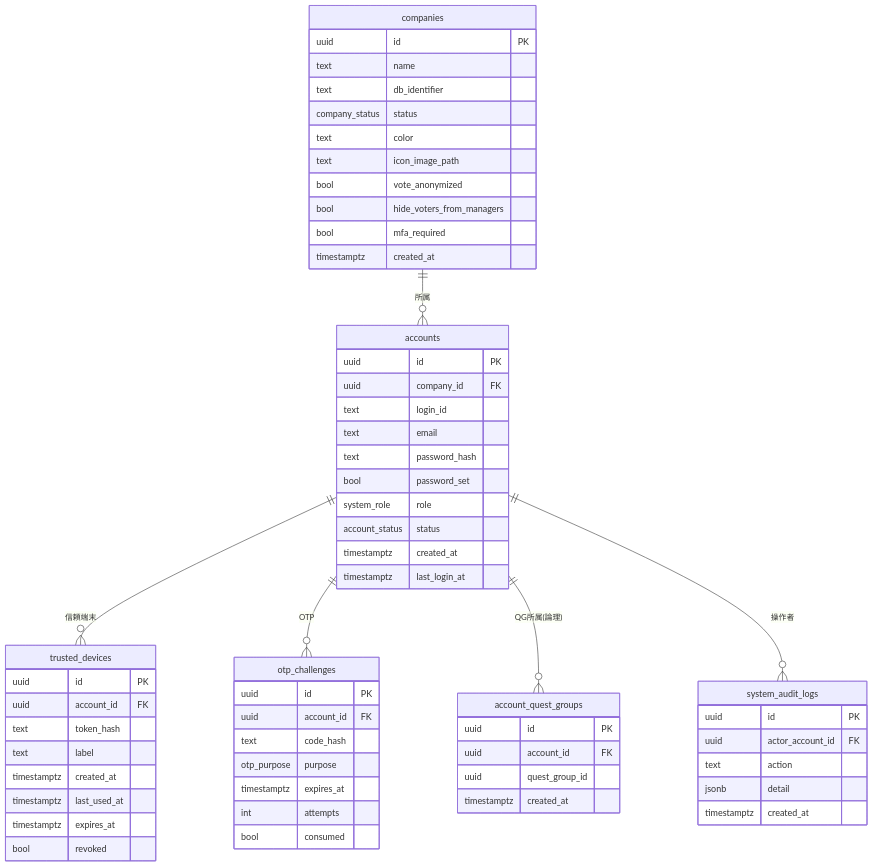
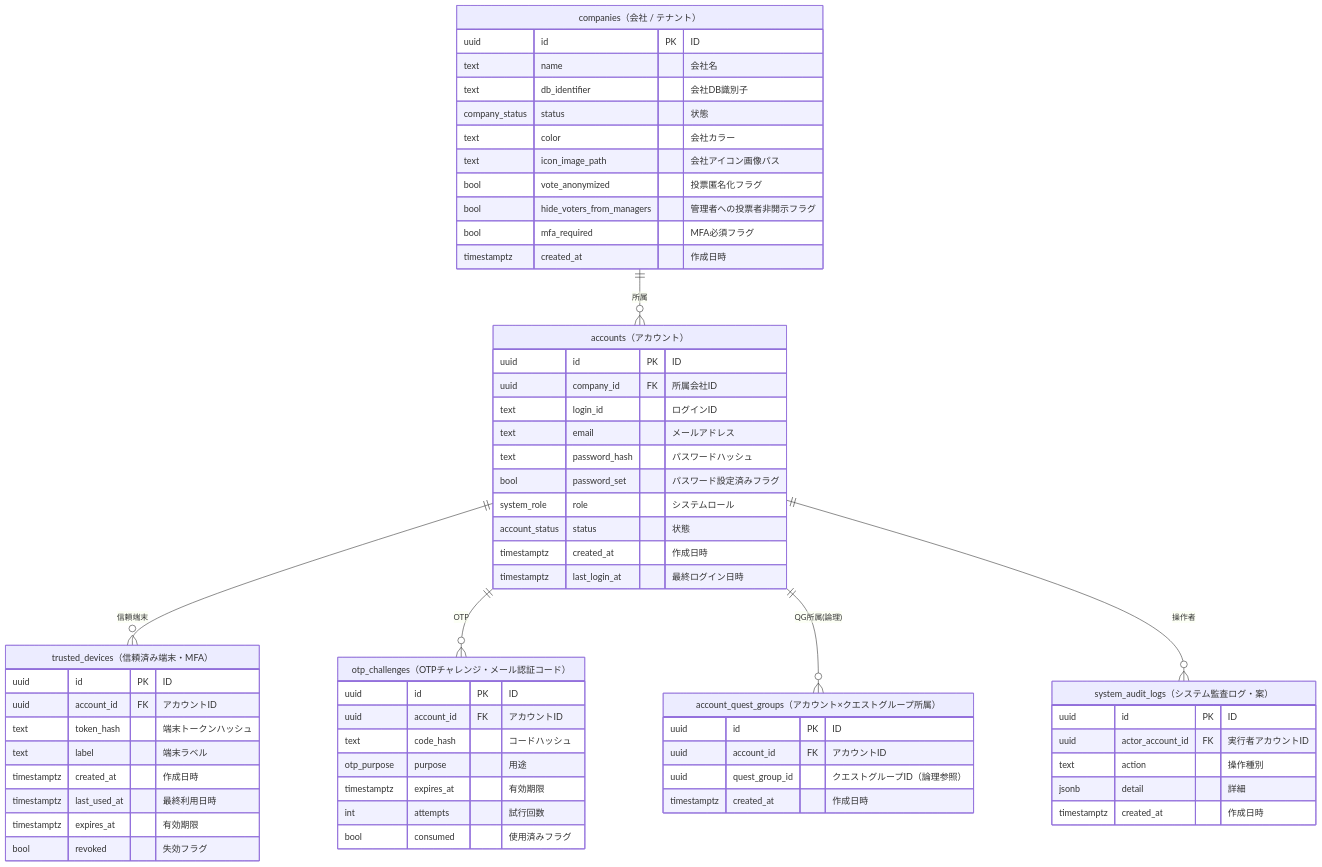
One commit to t-umekawa-sc/sc-ideaquest-G2 changed the second of 4 diagrams in doc/データモデル.md. Above: the diagram before and after it, drawn with Mermaid. The commit also changed 1 other file, not shown here.

Commit message:
データモデル.md §4 管理DBのER図に論理名を併記
- テーブル: mermaid エンティティのエイリアス表記で物理名＋日本語論理名を表示
  （companies["companies（会社 / テナント）"] 等・6テーブル）
- カラム: 各属性の末尾コメントに論理名を併記（uuid id PK "ID" 等・全カラム）
- account_quest_groups.quest_group_id は「（論理参照）」を補記
- 関係定義（||--o{ 等）は物理名参照のまま不変
- handoff を進捗として更新

````diff
--- a/doc/データモデル.md
+++ b/doc/データモデル.md
@@ -130,65 +130,65 @@
 ```mermaid
 erDiagram
   companies ||--o{ accounts : "所属"
   accounts ||--o{ trusted_devices : "信頼端末"
   accounts ||--o{ otp_challenges : "OTP"
   accounts ||--o{ account_quest_groups : "QG所属(論理)"
   accounts ||--o{ system_audit_logs : "操作者"
 
-  companies {
-    uuid id PK
-    text name
-    text db_identifier
-    company_status status
-    text color
-    text icon_image_path
-    bool vote_anonymized
-    bool hide_voters_from_managers
-    bool mfa_required
-    timestamptz created_at
+  companies["companies（会社 / テナント）"] {
+    uuid id PK "ID"
+    text name "会社名"
+    text db_identifier "会社DB識別子"
+    company_status status "状態"
+    text color "会社カラー"
+    text icon_image_path "会社アイコン画像パス"
+    bool vote_anonymized "投票匿名化フラグ"
+    bool hide_voters_from_managers "管理者への投票者非開示フラグ"
+    bool mfa_required "MFA必須フラグ"
+    timestamptz created_at "作成日時"
   }
-  accounts {
-    uuid id PK
-    uuid company_id FK
-    text login_id
-    text email
-    text password_hash
-    bool password_set
-    system_role role
-    account_status status
-    timestamptz created_at
-    timestamptz last_login_at
+  accounts["accounts（アカウント）"] {
+    uuid id PK "ID"
+    uuid company_id FK "所属会社ID"
+    text login_id "ログインID"
+    text email "メールアドレス"
+    text password_hash "パスワードハッシュ"
+    bool password_set "パスワード設定済みフラグ"
+    system_role role "システムロール"
+    account_status status "状態"
+    timestamptz created_at "作成日時"
+    timestamptz last_login_at "最終ログイン日時"
   }
-  trusted_devices {
-    uuid id PK
-    uuid account_id FK
-    text token_hash
-    text label
-    timestamptz created_at
-    timestamptz last_used_at
-    timestamptz expires_at
-    bool revoked
+  trusted_devices["trusted_devices（信頼済み端末・MFA）"] {
+    uuid id PK "ID"
+    uuid account_id FK "アカウントID"
+    text token_hash "端末トークンハッシュ"
+    text label "端末ラベル"
+    timestamptz created_at "作成日時"
+    timestamptz last_used_at "最終利用日時"
+    timestamptz expires_at "有効期限"
+    bool revoked "失効フラグ"
   }
-  otp_challenges {
-    uuid id PK
-    uuid account_id FK
-    text code_hash
-    otp_purpose purpose
-    timestamptz expires_at
-    int attempts
-    bool consumed
+  otp_challenges["otp_challenges（OTPチャレンジ・メール認証コード）"] {
+    uuid id PK "ID"
+    uuid account_id FK "アカウントID"
+    text code_hash "コードハッシュ"
+    otp_purpose purpose "用途"
+    timestamptz expires_at "有効期限"
+    int attempts "試行回数"
+    bool consumed "使用済みフラグ"
   }
-  account_quest_groups {
-    uuid id PK
-    uuid account_id FK
-    uuid quest_group_id
-    timestamptz created_at
+  account_quest_groups["account_quest_groups（アカウント×クエストグループ所属）"] {
+    uuid id PK "ID"
+    uuid account_id FK "アカウントID"
+    uuid quest_group_id "クエストグループID（論理参照）"
+    timestamptz created_at "作成日時"
   }
-  system_audit_logs {
-    uuid id PK
-    uuid actor_account_id FK
-    text action
-    jsonb detail
-    timestamptz created_at
+  system_audit_logs["system_audit_logs（システム監査ログ・案）"] {
+    uuid id PK "ID"
+    uuid actor_account_id FK "実行者アカウントID"
+    text action "操作種別"
+    jsonb detail "詳細"
+    timestamptz created_at "作成日時"
   }
 ```
````
